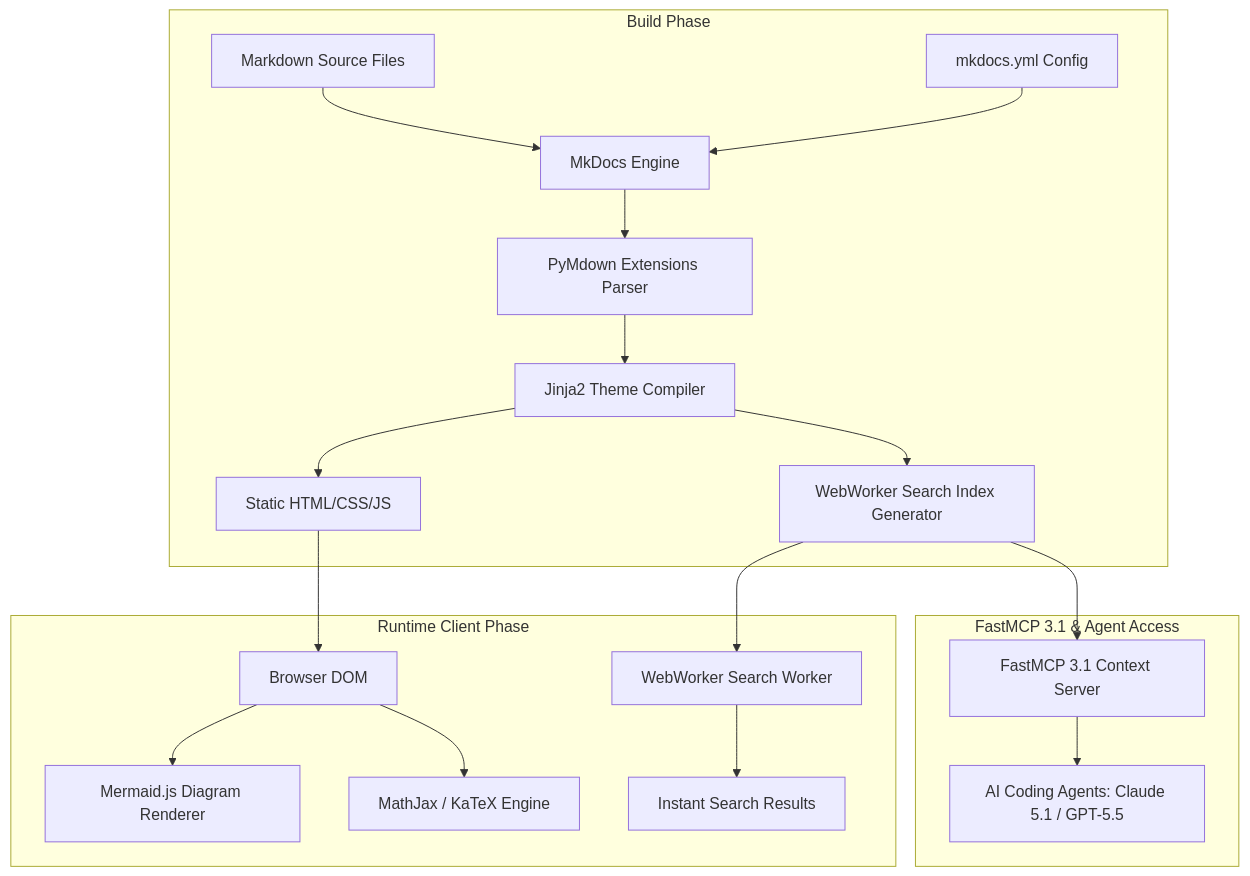
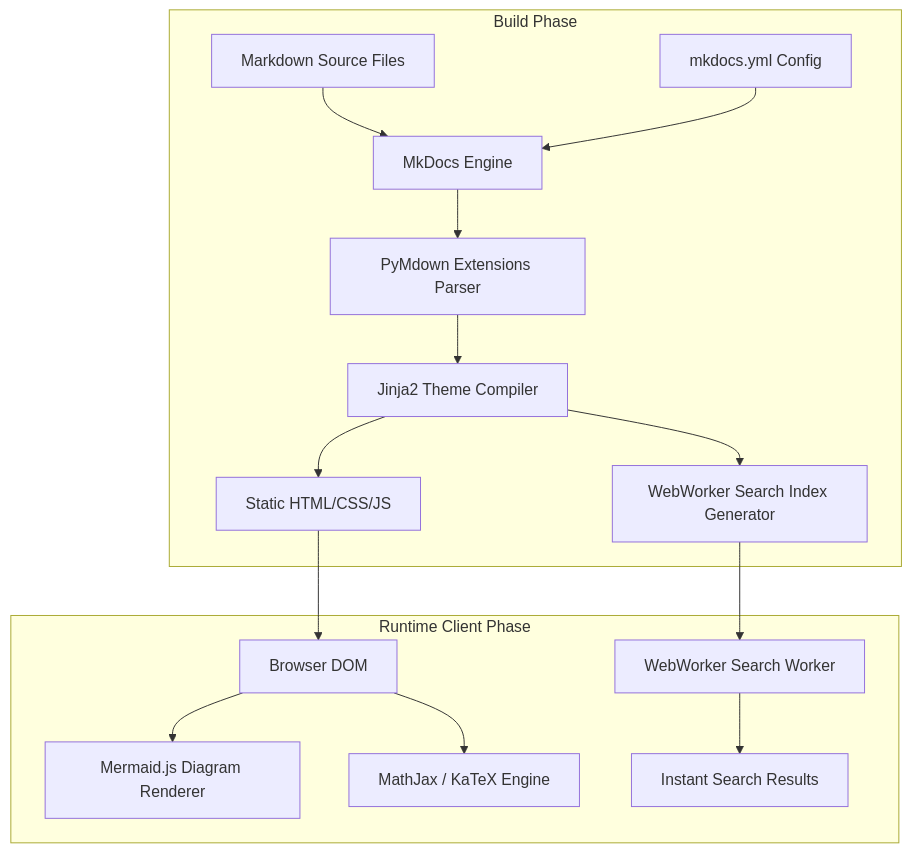
Before and after one commit to joanmarcriera/Home-office-automations: the diagram in docs/tools/development_ops/mkdocs-material.md, drawn with Mermaid. The commit also changed other lines of this file and 5 other files, not shown here.

````diff
--- a/docs/tools/development_ops/mkdocs-material.md
+++ b/docs/tools/development_ops/mkdocs-material.md
@@ -44,24 +44,19 @@
 ```mermaid
 graph TD
     subgraph Build Phase
         A[Markdown Source Files] --> B[MkDocs Engine]
         C[mkdocs.yml Config] --> B
         B --> D[PyMdown Extensions Parser]
         D --> E[Jinja2 Theme Compiler]
         E --> F[Static HTML/CSS/JS]
         E --> G[WebWorker Search Index Generator]
     end
 
     subgraph Runtime Client Phase
         F --> H[Browser DOM]
         G --> I[WebWorker Search Worker]
         H --> J[Mermaid.js Diagram Renderer]
         H --> K[MathJax / KaTeX Engine]
         I --> L[Instant Search Results]
     end
-
-    subgraph FastMCP 3.1 & Agent Access
-        G --> M[FastMCP 3.1 Context Server]
-        M --> N[AI Coding Agents: Claude 5.1 / GPT-5.5]
-    end
 ```
````
